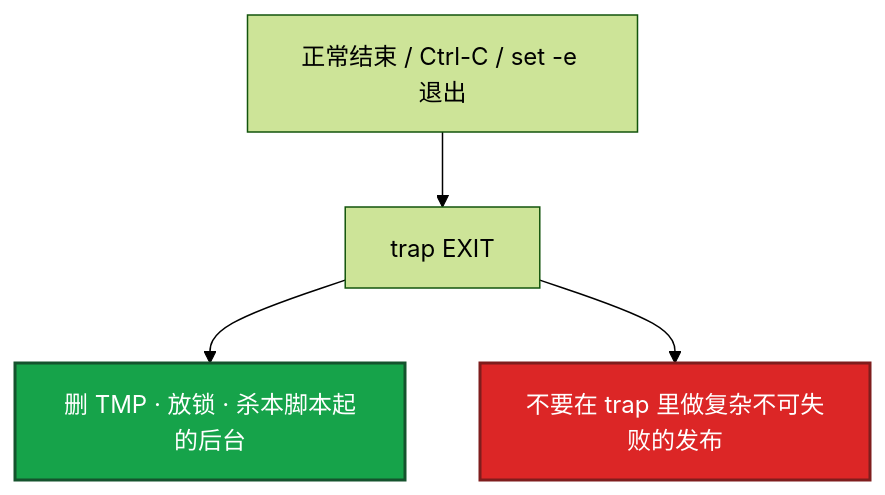
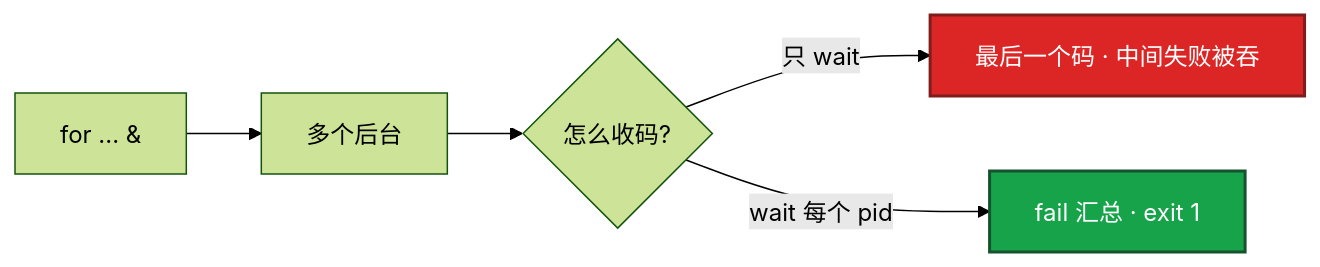
The third of 5 diagrams in 06-开发能力/01-Shell/知识点.md (ml-cuizijun/LearnToLilith), drawn with Mermaid (forest theme) before and after one commit. The commit also changed other lines of this file and 213 other files, not shown here.

````diff
--- a/06-开发能力/01-Shell/知识点.md
+++ b/06-开发能力/01-Shell/知识点.md
@@ -324,11 +325,12 @@
 ```mermaid
-flowchart TB
-    A[正常结束 / Ctrl-C / set -e 退出] --> B[trap EXIT]
-    B --> C[删 TMP · 放锁 · 杀本脚本起的后台]
-    B --> D[不要在 trap 里做复杂不可失败的发布]
+flowchart LR
+    A[for ... &] --> B[多个后台]
+    B --> C{怎么收码?}
+    C -->|只 wait| D[最后一个码 · 中间失败被吞]
+    C -->|wait 每个 pid| E[fail 汇总 · exit 1]
 
+    classDef bad fill:#DC2626,stroke:#7F1D1D,stroke-width:2px,color:#fff
     classDef ok fill:#16A34A,stroke:#14532D,stroke-width:2px,color:#fff
-    classDef bad fill:#DC2626,stroke:#7F1D1D,stroke-width:2px,color:#fff
-    class C ok
     class D bad
+    class E ok
 ```
````
